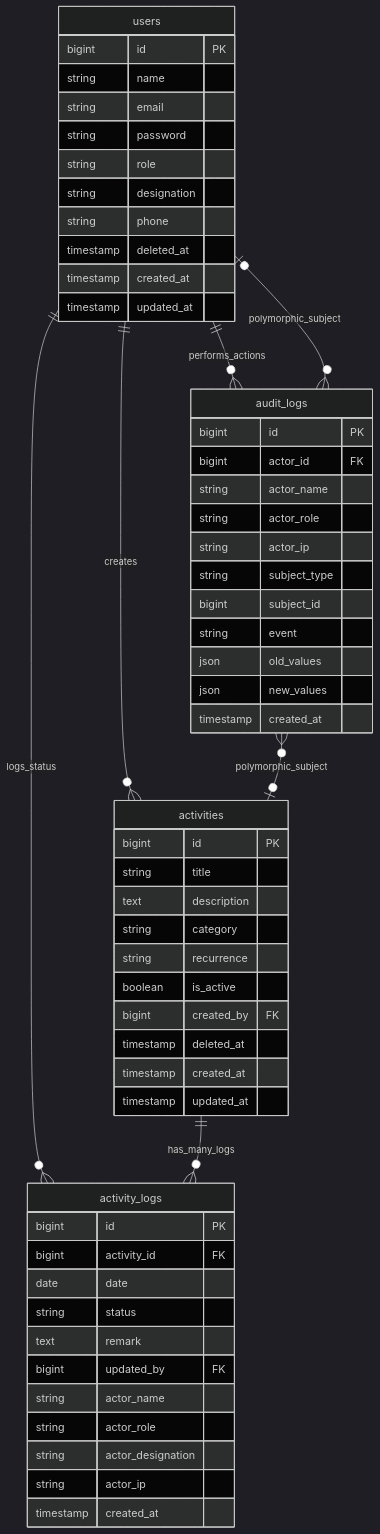
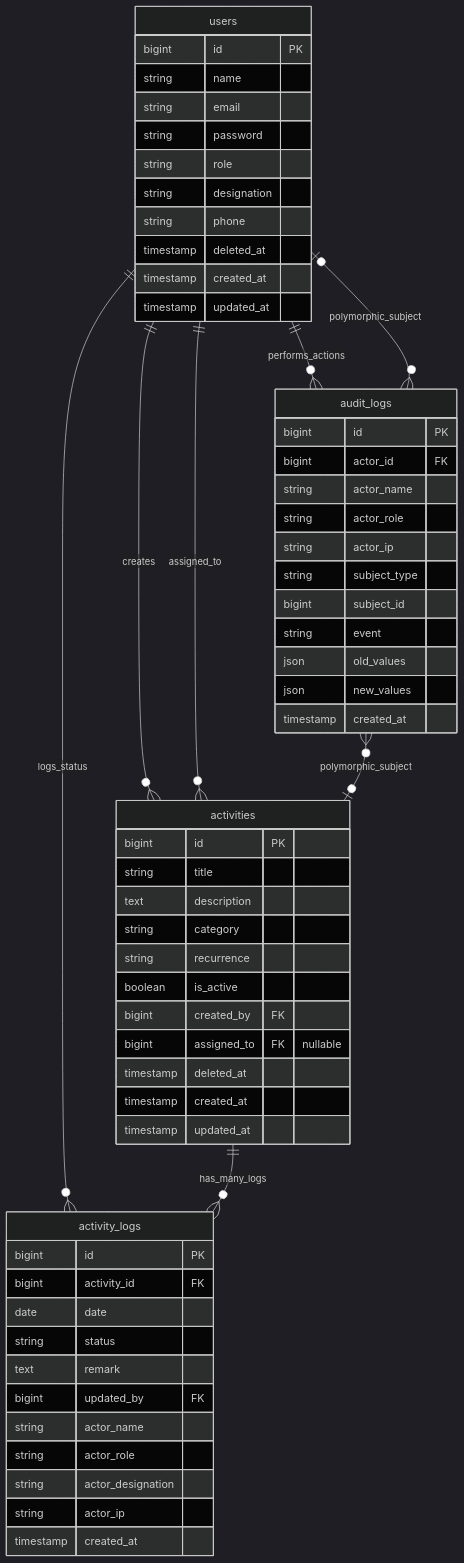
Before and after one commit to mhiskall282/npontu-technologies-sre: the first of 9 diagrams in docs/architecture.md, drawn with Mermaid (dark theme). The commit also changed other lines of this file and 20 other files, not shown here.

````diff
--- a/docs/architecture.md
+++ b/docs/architecture.md
@@ -13,65 +13,67 @@
 ```mermaid
 erDiagram
     users ||--o{ activities : "creates"
+    users ||--o{ activities : "assigned_to"
     users ||--o{ activity_logs : "logs_status"
     users ||--o{ audit_logs : "performs_actions"
 
     activities ||--o{ activity_logs : "has_many_logs"
 
     audit_logs }o--o| activities : "polymorphic_subject"
     audit_logs }o--o| users : "polymorphic_subject"
 
     users {
         bigint id PK
         string name
         string email
         string password
         string role
         string designation
         string phone
         timestamp deleted_at
         timestamp created_at
         timestamp updated_at
     }
 
     activities {
         bigint id PK
         string title
         text description
         string category
         string recurrence
         boolean is_active
         bigint created_by FK
+        bigint assigned_to FK "nullable"
         timestamp deleted_at
         timestamp created_at
         timestamp updated_at
     }
 
     activity_logs {
         bigint id PK
         bigint activity_id FK
         date date
         string status
         text remark
         bigint updated_by FK
         string actor_name
         string actor_role
         string actor_designation
         string actor_ip
         timestamp created_at
     }
 
     audit_logs {
         bigint id PK
         bigint actor_id FK
         string actor_name
         string actor_role
         string actor_ip
         string subject_type
         bigint subject_id
         string event
         json old_values
         json new_values
         timestamp created_at
     }
 ```
````
